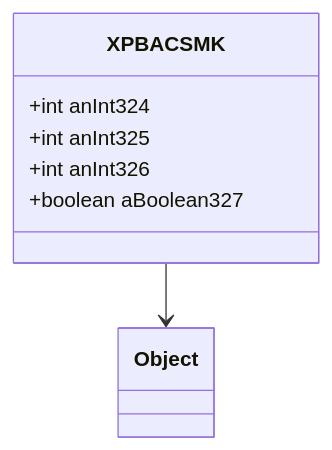
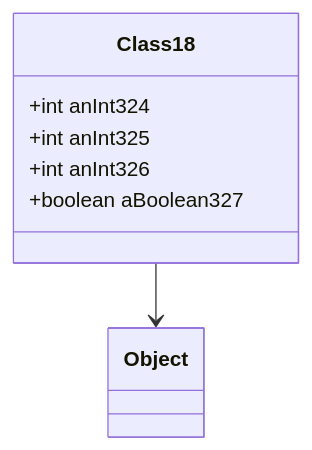
The diagram in bytecode/mapping/evidence/verified/Class18_XPBACSMK.md (daxxog/solmud), drawn with Mermaid before and after one commit. The commit also changed other lines of this file and 48 other files, not shown here.

````diff
--- a/bytecode/mapping/evidence/verified/Class18_XPBACSMK.md
+++ b/bytecode/mapping/evidence/verified/Class18_XPBACSMK.md
@@ -9,8 +9,8 @@
 ```mermaid
 classDiagram
-    XPBACSMK --> Object
-    XPBACSMK : +int anInt324
-    XPBACSMK : +int anInt325
-    XPBACSMK : +int anInt326
-    XPBACSMK : +boolean aBoolean327
+    Class18 --> Object
+    Class18 : +int anInt324
+    Class18 : +int anInt325
+    Class18 : +int anInt326
+    Class18 : +boolean aBoolean327
 ```
````
